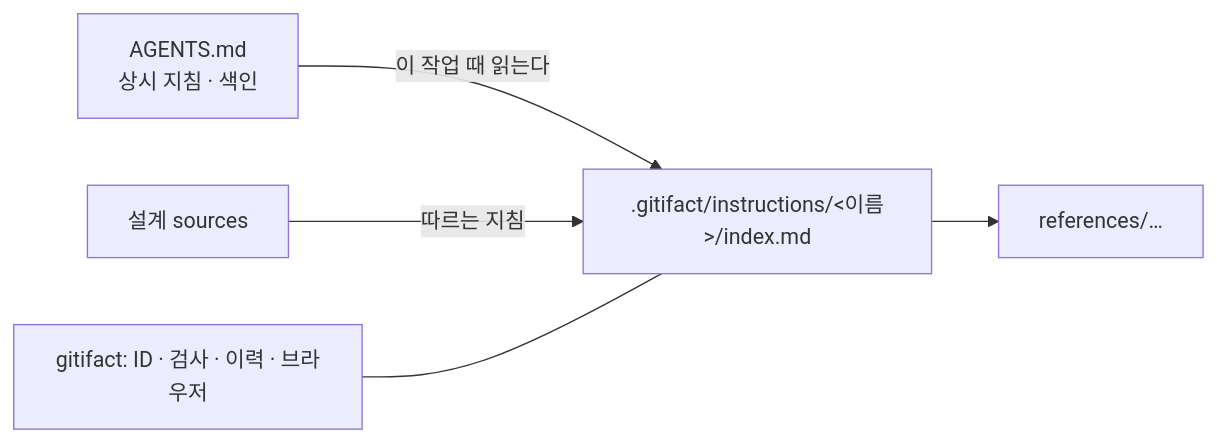
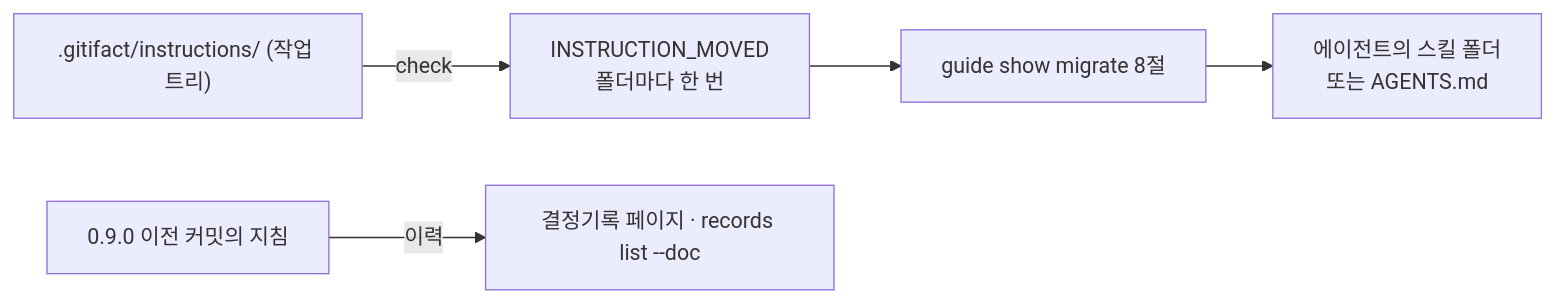
Before and after one commit to dev-goraebap/gitifact: the diagram in .gitifact/spec/instructions/design/overview.md, drawn with Mermaid. The commit also changed other lines of this file and 65 other files, not shown here.

````diff
--- a/.gitifact/spec/instructions/design/overview.md
+++ b/.gitifact/spec/instructions/design/overview.md
@@ -25,7 +22,7 @@
 ```mermaid
 flowchart LR
-  A["AGENTS.md<br/>상시 지침 · 색인"] -->|"이 작업 때 읽는다"| I[".gitifact/instructions/&lt;이름&gt;/index.md"]
-  I --> R["references/…"]
-  D["설계 sources"] -->|"따르는 지침"| I
-  G["gitifact: ID · 검사 · 이력 · 브라우저"] --- I
+  T[".gitifact/instructions/ (작업 트리)"] -->|check| P["INSTRUCTION_MOVED<br/>폴더마다 한 번"]
+  P --> M["guide show migrate 8절"]
+  M --> S["에이전트의 스킬 폴더<br/>또는 AGENTS.md"]
+  H["0.9.0 이전 커밋의 지침"] -->|이력| B["결정기록 페이지 · records list --doc"]
 ```
````
